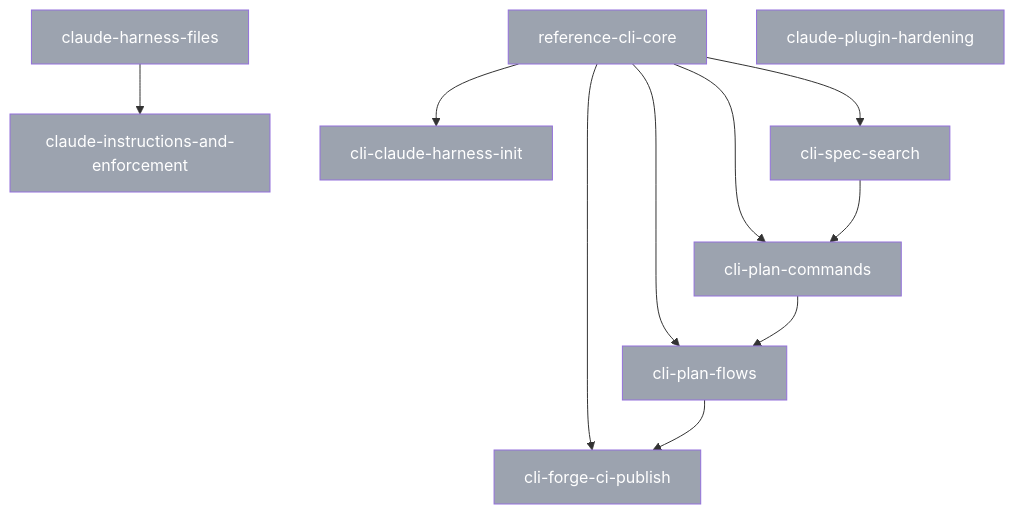
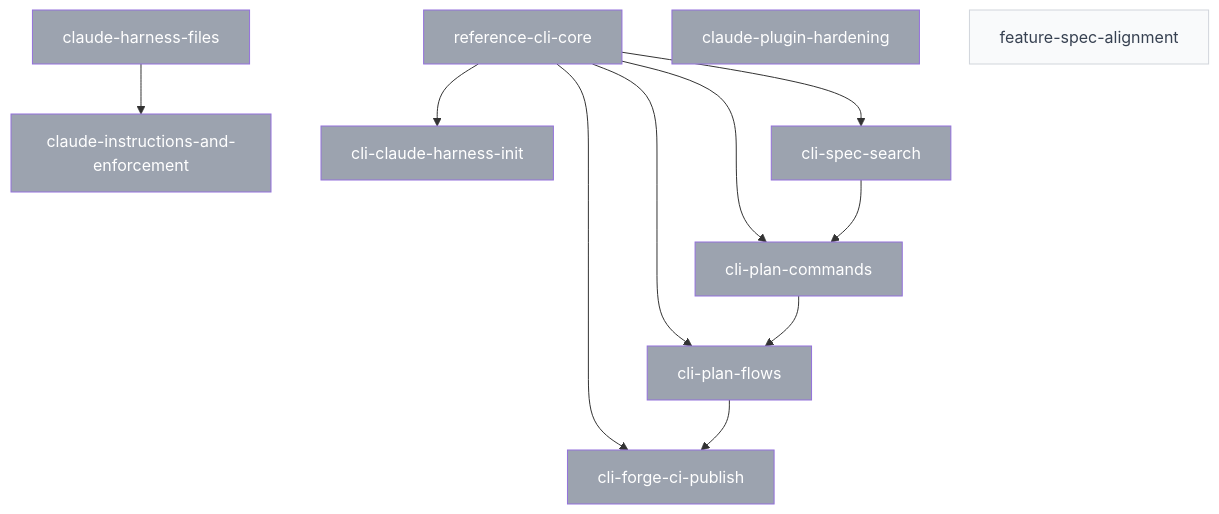
Before and after one commit to SpiralSky/specplane: the diagram in plans/PLANS.md, drawn with Mermaid. The commit also changed other lines of this file and 9 other files, not shown here.

First line of the commit message:
docs(feature-spec-alignment): create plan

````diff
--- a/plans/PLANS.md
+++ b/plans/PLANS.md
@@ -25,28 +27,29 @@
 ```mermaid
 graph TD
     p_2026_10_28_reference_cli_core[reference-cli-core]:::done
     p_2026_10_29_claude_harness_files[claude-harness-files]:::done
     p_2026_10_29_claude_instructions_and_enforcement[claude-instructions-and-enforcement]:::done
     p_2026_10_29_claude_plugin_hardening[claude-plugin-hardening]:::done
     p_2026_10_29_cli_claude_harness_init[cli-claude-harness-init]:::done
     p_2026_10_29_cli_forge_ci_publish[cli-forge-ci-publish]:::done
     p_2026_10_29_cli_plan_commands[cli-plan-commands]:::done
     p_2026_10_29_cli_plan_flows[cli-plan-flows]:::done
     p_2026_10_29_cli_spec_search[cli-spec-search]:::done
+    p_2026_10_29_feature_spec_alignment[feature-spec-alignment]:::draft
     p_2026_10_29_claude_harness_files --> p_2026_10_29_claude_instructions_and_enforcement
     p_2026_10_28_reference_cli_core --> p_2026_10_29_cli_claude_harness_init
     p_2026_10_28_reference_cli_core --> p_2026_10_29_cli_forge_ci_publish
     p_2026_10_29_cli_plan_flows --> p_2026_10_29_cli_forge_ci_publish
     p_2026_10_28_reference_cli_core --> p_2026_10_29_cli_plan_commands
     p_2026_10_29_cli_spec_search --> p_2026_10_29_cli_plan_commands
     p_2026_10_28_reference_cli_core --> p_2026_10_29_cli_plan_flows
     p_2026_10_29_cli_plan_commands --> p_2026_10_29_cli_plan_flows
     p_2026_10_28_reference_cli_core --> p_2026_10_29_cli_spec_search
     classDef draft fill:#f9fafb,color:#374151,stroke:#d1d5db
     classDef ready fill:#22c55e,color:#fff
     classDef blocked fill:#ef4444,color:#fff
     classDef in_progress fill:#3b82f6,color:#fff
     classDef review fill:#60a5fa,color:#fff
     classDef done fill:#9ca3af,color:#fff
     classDef abandoned fill:#9ca3af,color:#fff,text-decoration:line-through
 ```
````
